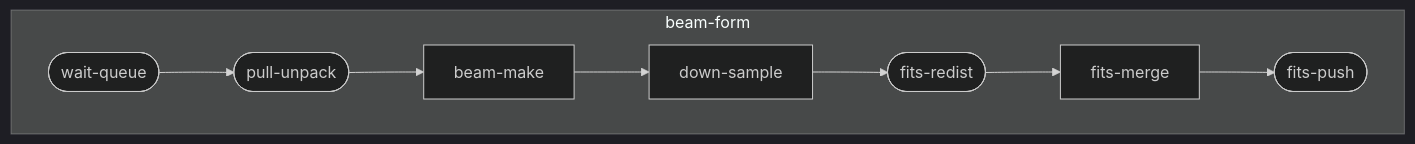
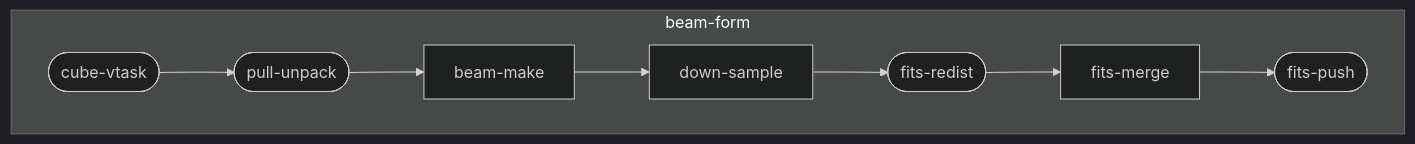
The diagram in pipelines/beam-form/app/README.md (kaichao/app-mwa), drawn with Mermaid (dark theme) before and after one commit. The commit also changed other lines of this file and 35 other files, not shown here.

Commit message:
Major refactor of pipeline beamform/app, add tar-load/cube-vtask, separate to/from logic.

````diff
--- a/pipelines/beam-form/app/README.md
+++ b/pipelines/beam-form/app/README.md
@@ -3,11 +3,11 @@
 ```mermaid
 flowchart TD
   subgraph beam-form
-    A([wait-queue]) --> B([pull-unpack])
+    A([cube-vtask]) --> B([pull-unpack])
     B --> C[beam-make]
     C --> D[down-sample]
     D --> E([fits-redist])
     E --> F[fits-merge]
     F --> G([fits-push])
   end
 ```
````
